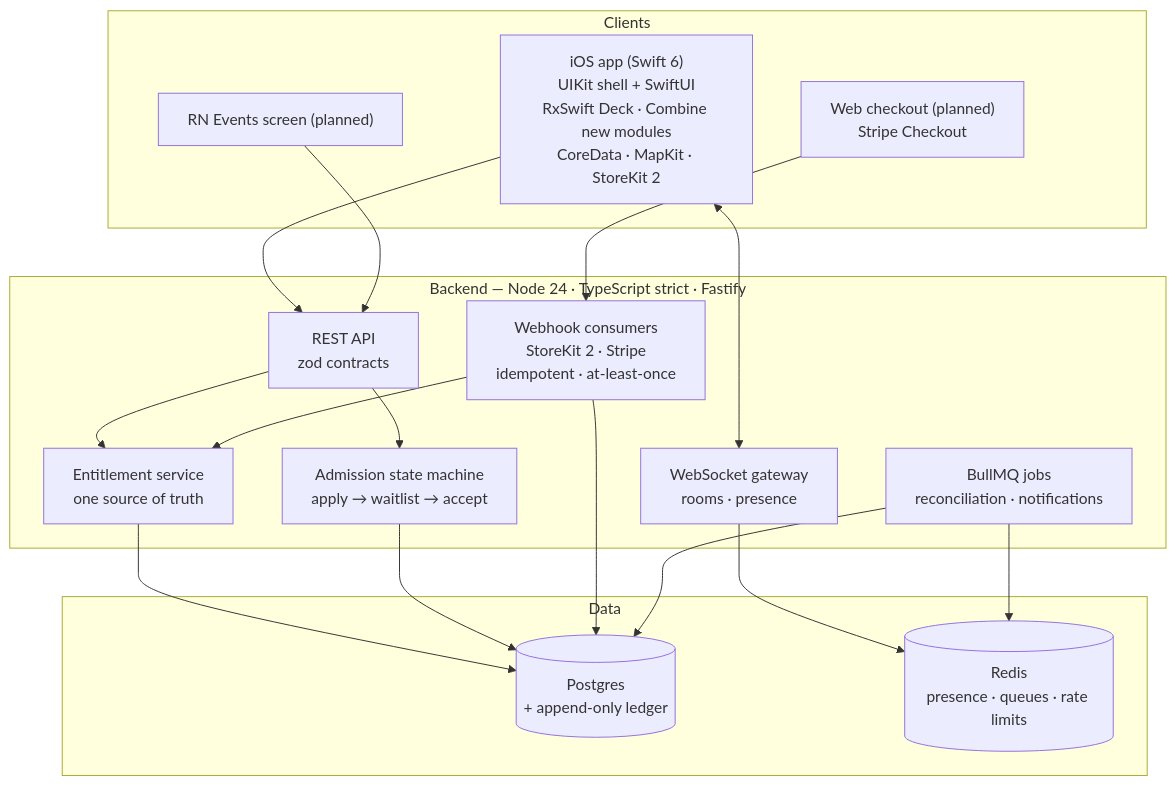
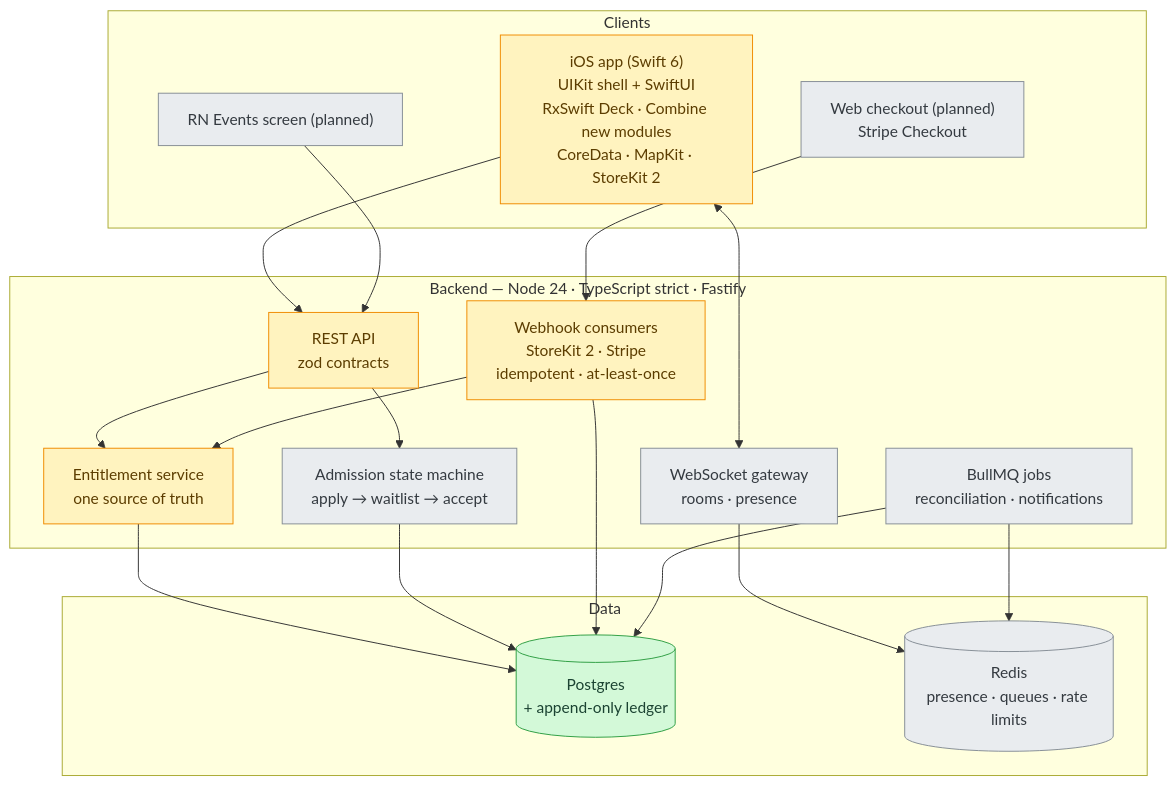
The diagram in README.md (sebkoo/irlo), drawn with Mermaid before and after one commit. The commit also changed other lines of this file, not shown here.

````diff
--- a/README.md
+++ b/README.md
@@ -122,36 +124,44 @@
 ```mermaid
 flowchart TB
   subgraph clients ["Clients"]
     IOS["iOS app (Swift 6)<br/>UIKit shell + SwiftUI<br/>RxSwift Deck · Combine new modules<br/>CoreData · MapKit · StoreKit 2"]
     WEB["Web checkout (planned)<br/>Stripe Checkout"]
     RN["RN Events screen (planned)"]
   end
 
   subgraph backend ["Backend — Node 24 · TypeScript strict · Fastify"]
     API["REST API<br/>zod contracts"]
     WS["WebSocket gateway<br/>rooms · presence"]
     ENT["Entitlement service<br/>one source of truth"]
     ADM["Admission state machine<br/>apply → waitlist → accept"]
     PAY["Webhook consumers<br/>StoreKit 2 · Stripe<br/>idempotent · at-least-once"]
     JOBS["BullMQ jobs<br/>reconciliation · notifications"]
   end
 
   subgraph data ["Data"]
     PG[("Postgres<br/>+ append-only ledger")]
     RD[("Redis<br/>presence · queues · rate limits")]
   end
 
   IOS --> API
   IOS <--> WS
   WEB --> PAY
   RN --> API
   API --> ENT
   API --> ADM
   PAY --> ENT
   ENT --> PG
   ADM --> PG
   PAY --> PG
   WS --> RD
   JOBS --> PG
   JOBS --> RD
+
+  classDef shipped fill:#d3f9d8,stroke:#2f9e44,color:#1b4332,stroke-width:1px
+  classDef inProgress fill:#fff3bf,stroke:#f08c00,color:#5c3d00,stroke-width:1px
+  classDef designed fill:#e9ecef,stroke:#868e96,color:#343a40,stroke-width:1px
+
+  class PG shipped
+  class IOS,API,ENT,PAY inProgress
+  class WEB,RN,WS,ADM,JOBS,RD designed
 ```
````
